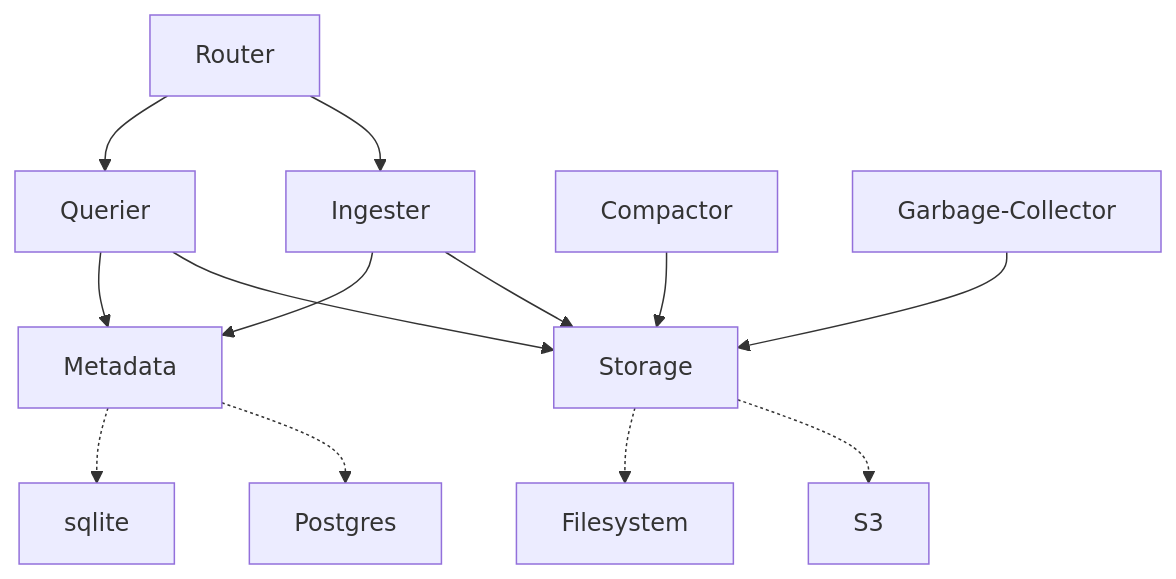
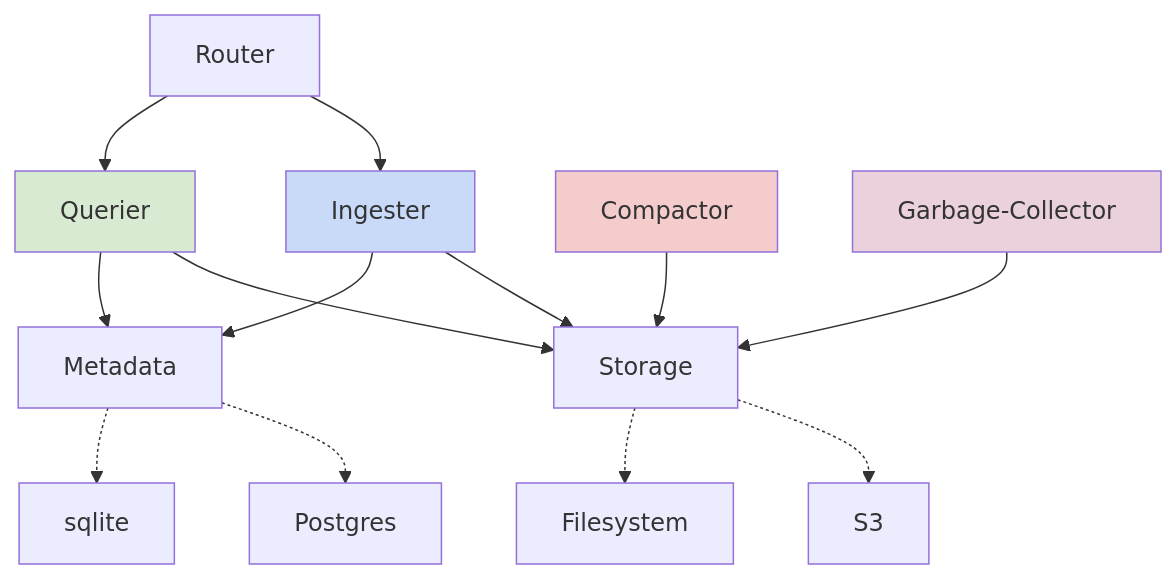
One commit to metrico/influxdb3-community changed the diagram in README.md. Above: the diagram before and after it, drawn with Mermaid.

````diff
--- a/README.md
+++ b/README.md
@@ -50,15 +50,21 @@
 ```mermaid
   graph TD;
       Router-->Ingester;
       Router-->Querier;
       Ingester-->Storage;
       Querier-->Storage;
       Compactor-->Storage;
       Ingester-->Metadata;
       Querier-->Metadata;
       Metadata-.->Postgres;
       Metadata-.->sqlite;
       Garbage-Collector-->Storage;
       Storage-.->S3;
       Storage-.->Filesystem;
+
+   style Querier fill:#d9ead3ff
+   style Ingester fill:#c9daf8ff
+   style Compactor fill:#f4ccccff
+   style Garbage-Collector fill:#ead1dcff
+
 ```
````
